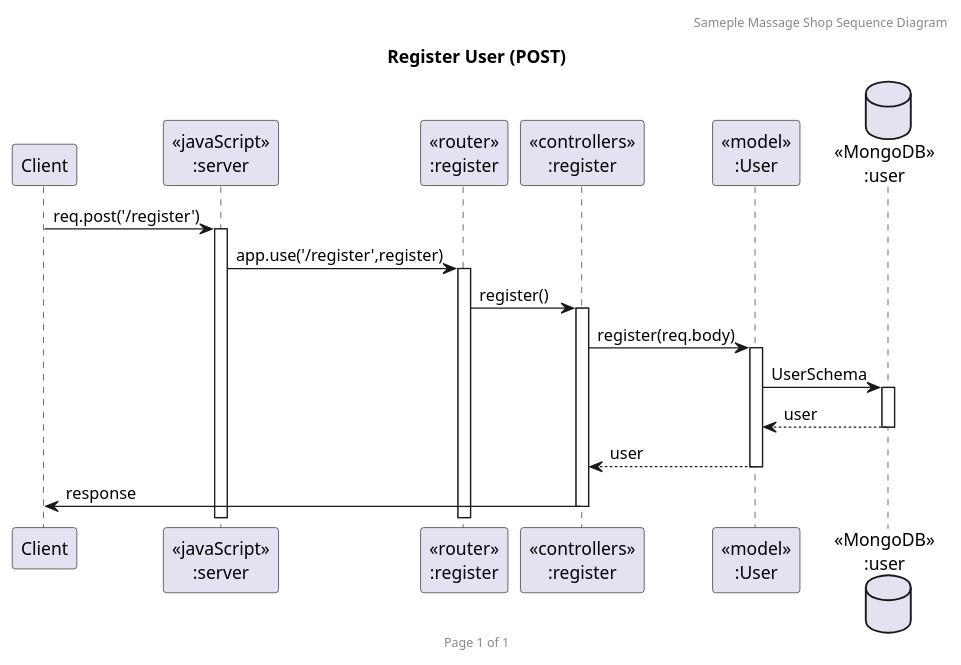
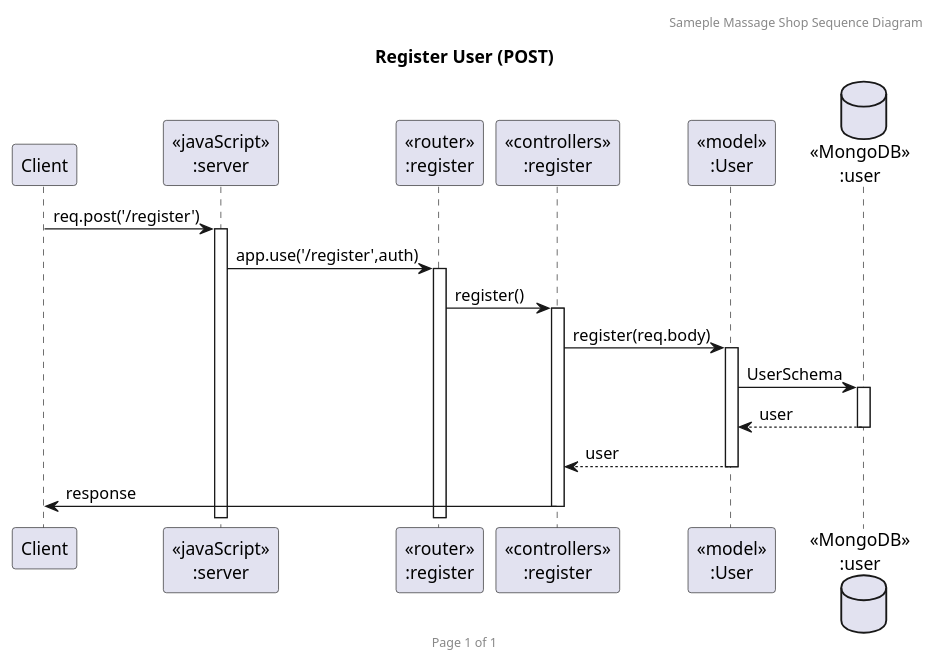
One commit to BabeTanya/massage-catherine changed the diagram in MassageSequence_register.puml. Above: the diagram before and after it, drawn with PlantUML. The commit also changed 1 other file, not shown here.

Commit message:
Add sequence diagram flow login

```diff
--- a/MassageSequence_register.puml
+++ b/MassageSequence_register.puml
@@ -1,23 +1,23 @@
 @startuml Register User (POST)
 
 header Sameple Massage Shop Sequence Diagram
 footer Page %page% of %lastpage%
 title "Register User (POST)"
 
 participant "Client" as client
 participant "<<javaScript>>\n:server" as server
 participant "<<router>>\n:register" as routerRegister
 participant "<<controllers>>\n:register" as controllersRegister
 participant "<<model>>\n:User" as modelUser
 database "<<MongoDB>>\n:user" as UserDatabase
 
 client->server ++:req.post('/register')
-server->routerRegister ++:app.use('/register',register)
+server->routerRegister ++:app.use('/register',auth)
 routerRegister -> controllersRegister ++:register()
 controllersRegister->modelUser ++:register(req.body)
 modelUser ->UserDatabase ++: UserSchema
 UserDatabase --> modelUser --: user
 controllersRegister <-- modelUser --:user
 controllersRegister->client --:response
 
 @enduml
```
